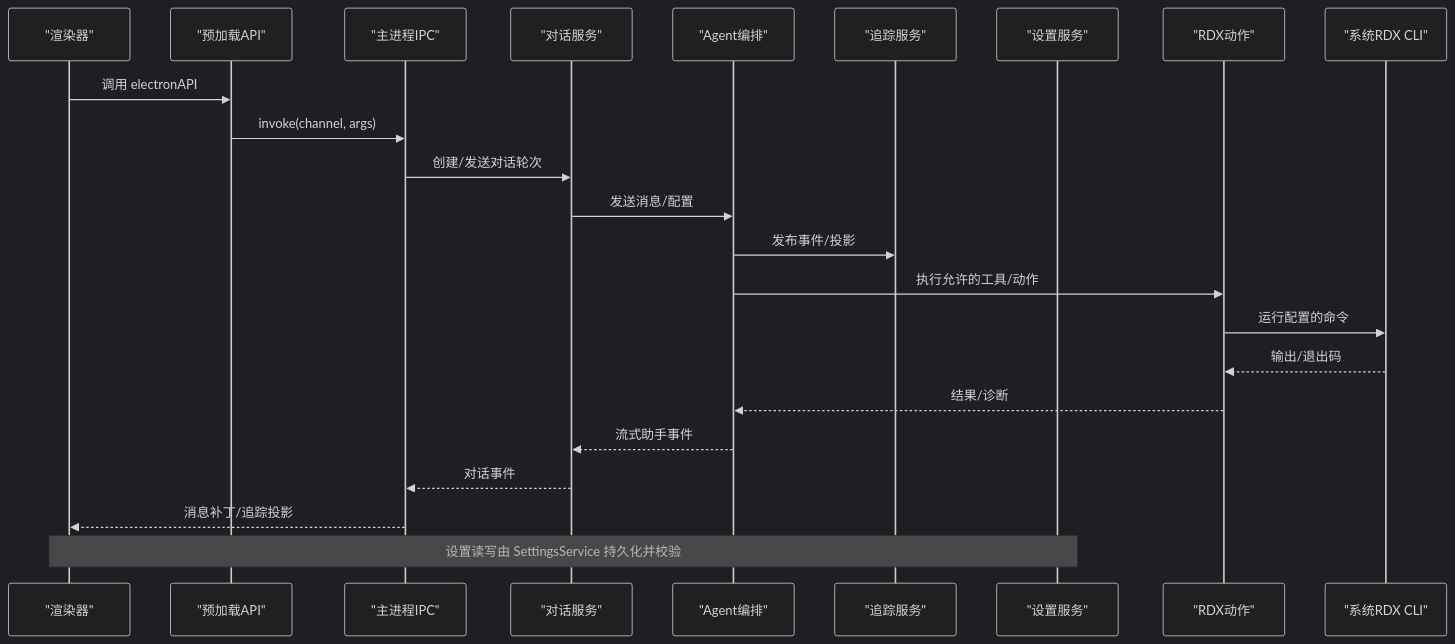
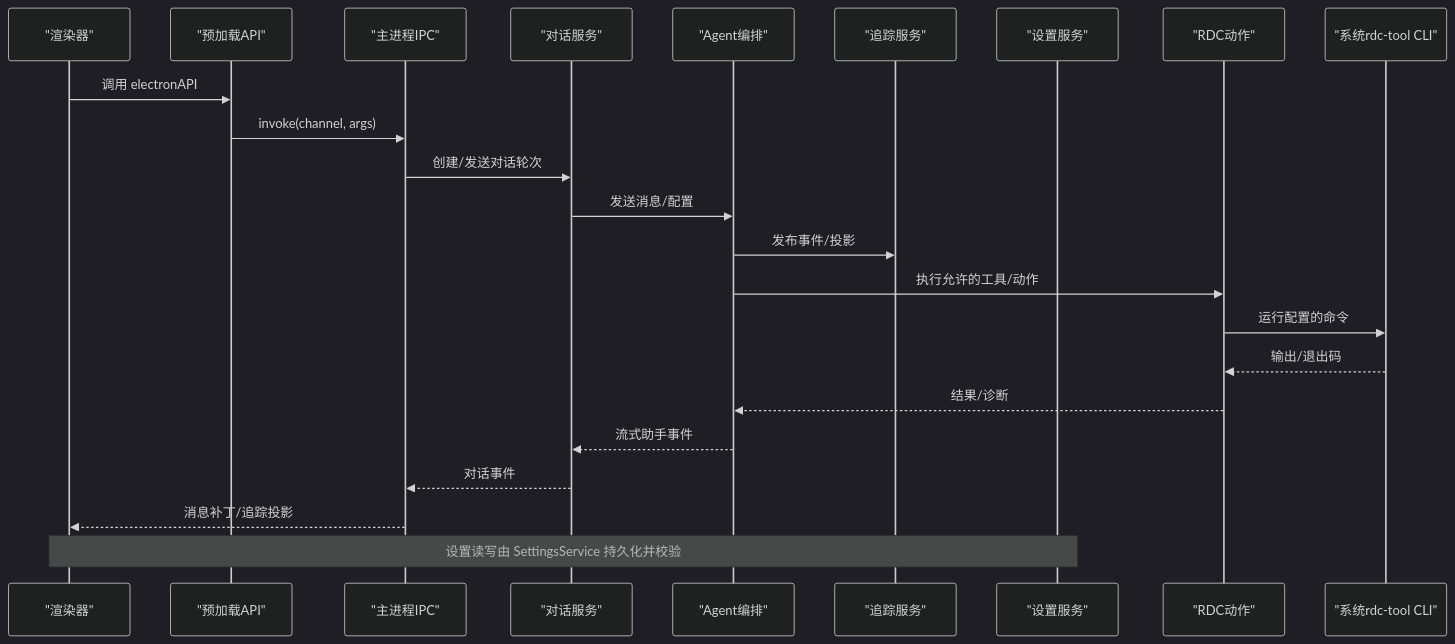
Before and after one commit to haolange/RDC-Agent: the second of 7 diagrams in .qoder/repowiki/zh/content/架构设计/整体架构概览.md, drawn with Mermaid (dark theme). The commit also changed other lines of this file and 557 other files, not shown here.

````diff
--- a/.qoder/repowiki/zh/content/架构设计/整体架构概览.md
+++ b/.qoder/repowiki/zh/content/架构设计/整体架构概览.md
@@ -114,25 +114,25 @@
 ```mermaid
 sequenceDiagram
 participant UI as "渲染器"
 participant Pre as "预加载API"
 participant IPC as "主进程IPC"
 participant Conv as "对话服务"
 participant Orch as "Agent编排"
 participant Tr as "追踪服务"
 participant Set as "设置服务"
-participant Act as "RDX动作"
-participant CLI as "系统RDX CLI"
+participant Act as "RDC动作"
+participant CLI as "系统rdc-tool CLI"
 UI->>Pre : 调用 electronAPI
 Pre->>IPC : invoke(channel, args)
 IPC->>Conv : 创建/发送对话轮次
 Conv->>Orch : 发送消息/配置
 Orch->>Tr : 发布事件/投影
 Orch->>Act : 执行允许的工具/动作
 Act->>CLI : 运行配置的命令
 CLI-->>Act : 输出/退出码
 Act-->>Orch : 结果/诊断
 Orch-->>Conv : 流式助手事件
 Conv-->>IPC : 对话事件
 IPC-->>UI : 消息补丁/追踪投影
 Note over Set,UI : 设置读写由 SettingsService 持久化并校验
 ```
````
